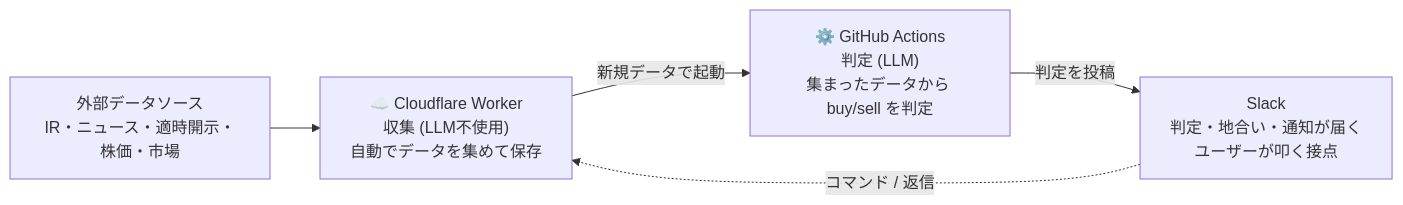
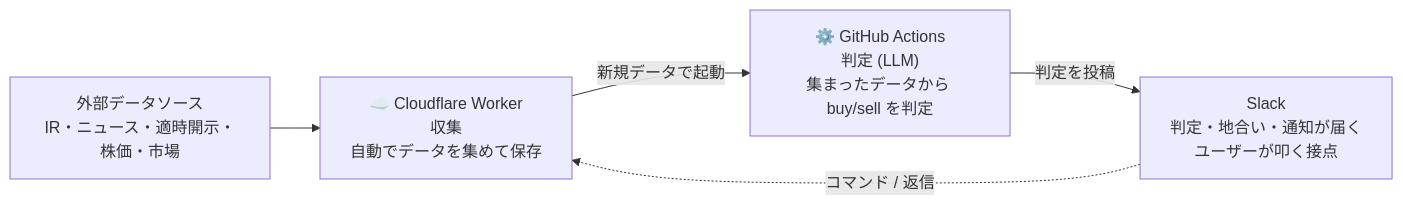
One commit to omni-stove/stock-signals changed the diagram in README.md. Above: the diagram before and after it, drawn with Mermaid. The commit also changed other lines of this file and 2 other files, not shown here.

````diff
--- a/README.md
+++ b/README.md
@@ -17,12 +22,12 @@
 ```mermaid
 flowchart LR
     EXT["外部データソース<br/>IR・ニュース・適時開示・株価・市場"]
-    CLOUD["☁️ Cloudflare Worker<br/>収集 (LLM不使用)<br/>自動でデータを集めて保存"]
+    CLOUD["☁️ Cloudflare Worker<br/>収集<br/>自動でデータを集めて保存"]
     GHA["⚙️ GitHub Actions<br/>判定 (LLM)<br/>集まったデータから buy/sell を判定"]
     SLACK["Slack<br/>判定・地合い・通知が届く<br/>ユーザーが叩く接点"]
 
     EXT --> CLOUD
     CLOUD -->|新規データで起動| GHA
     GHA -->|判定を投稿| SLACK
     SLACK -.->|コマンド / 返信| CLOUD
 ```
````
